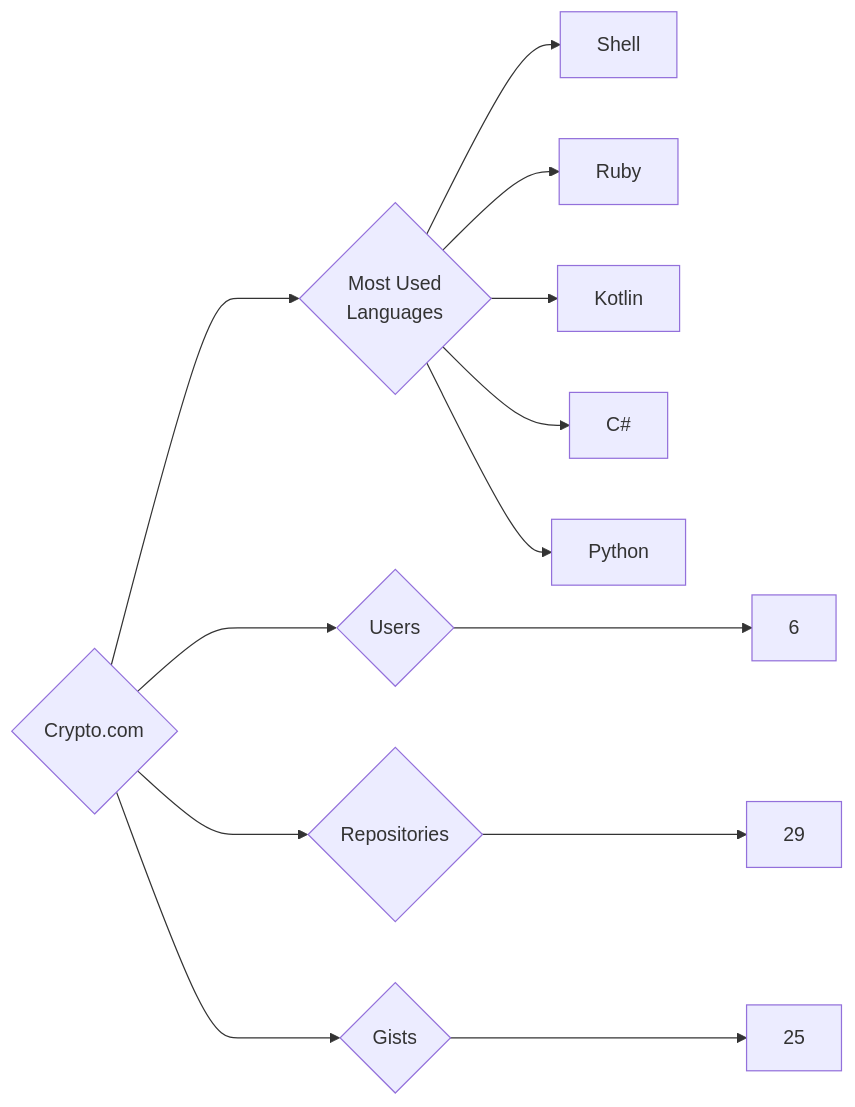
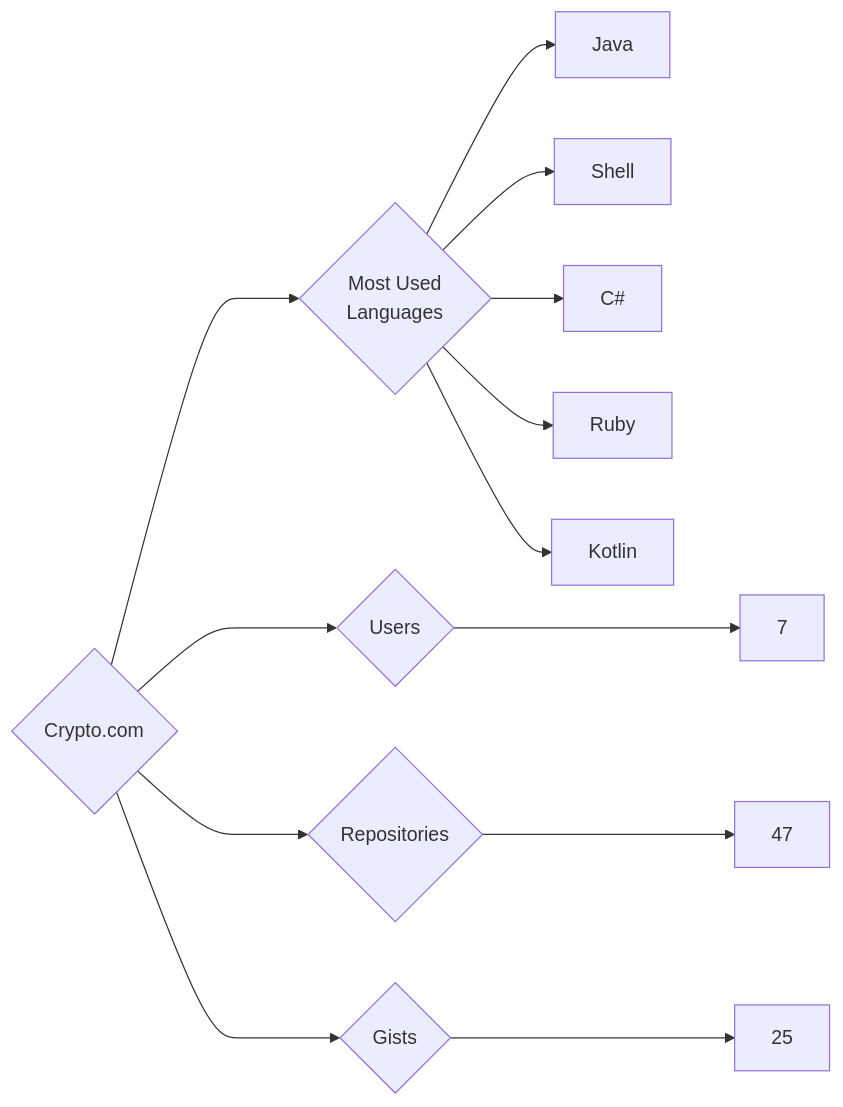
Before and after one commit to trickest/insiders: the diagram in targets/Crypto.com/README.md, drawn with Mermaid. The commit also changed 1007 other files, not shown here.

````diff
--- a/targets/Crypto.com/README.md
+++ b/targets/Crypto.com/README.md
@@ -3,13 +3,13 @@
 ```mermaid
 graph LR
 COMPANY_NAME{Crypto.com}
-COMPANY_NAME ---> U{Users} ---> UN[6]
-COMPANY_NAME ---> R{Repositories} ---> RN[29]
+COMPANY_NAME ---> U{Users} ---> UN[7]
+COMPANY_NAME ---> R{Repositories} ---> RN[47]
 COMPANY_NAME ---> G{Gists} ---> GN[25]
 COMPANY_NAME ---> ML{Most Used<br>Languages}
+ML --> Java[Java]
 ML --> Shell[Shell]
+ML --> C#[C#]
 ML --> Ruby[Ruby]
 ML --> Kotlin[Kotlin]
-ML --> C#[C#]
-ML --> Python[Python]
 ```
````
